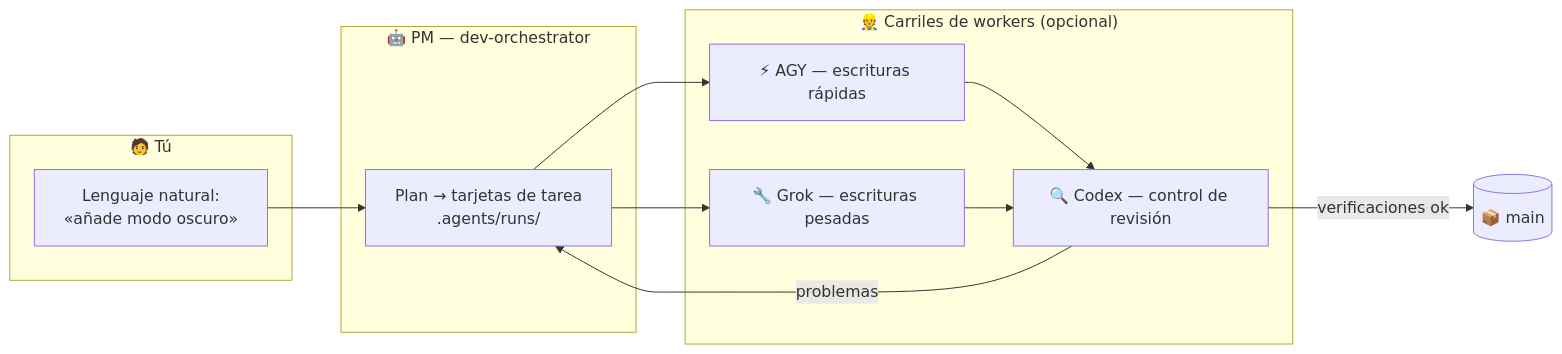
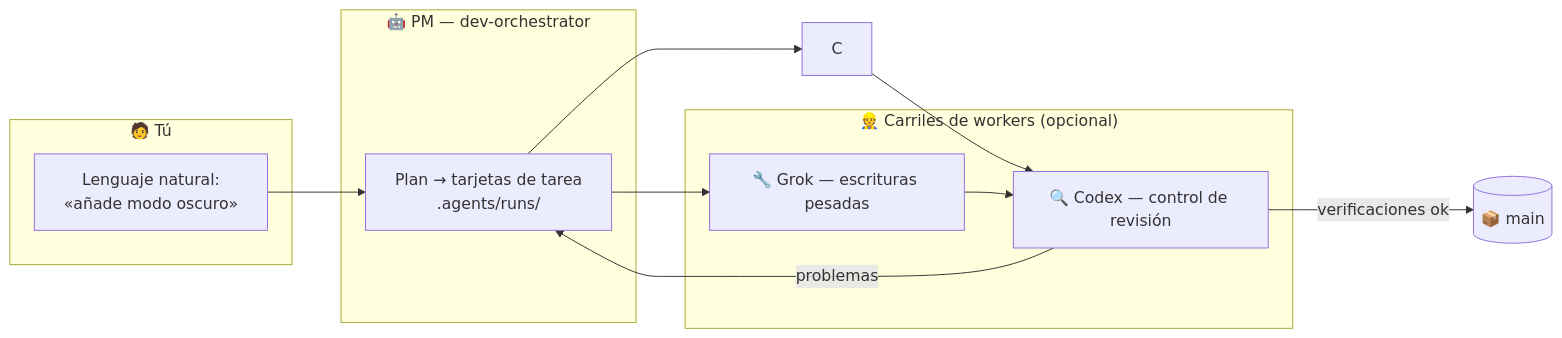
One commit to VKirill/claude-lane-stack changed the diagram in README.es.md. Above: the diagram before and after it, drawn with Mermaid. The commit also changed other lines of this file and 57 other files, not shown here.

````diff
--- a/README.es.md
+++ b/README.es.md
@@ -92,19 +91,18 @@
 ```mermaid
 flowchart LR
     subgraph you ["🧑 Tú"]
         A["Lenguaje natural:<br/>«añade modo oscuro»"]
     end
     subgraph pm ["🤖 PM — dev-orchestrator"]
         B["Plan → tarjetas de tarea<br/>.agents/runs/"]
     end
     subgraph lanes ["👷 Carriles de workers (opcional)"]
-        C["⚡ AGY — escrituras rápidas"]
         D["🔧 Grok — escrituras pesadas"]
         E["🔍 Codex — control de revisión"]
     end
     A --> B
     B --> C & D
     C & D --> E
     E -->|verificaciones ok| F[("📦 main")]
     E -->|problemas| B
 ```
````
